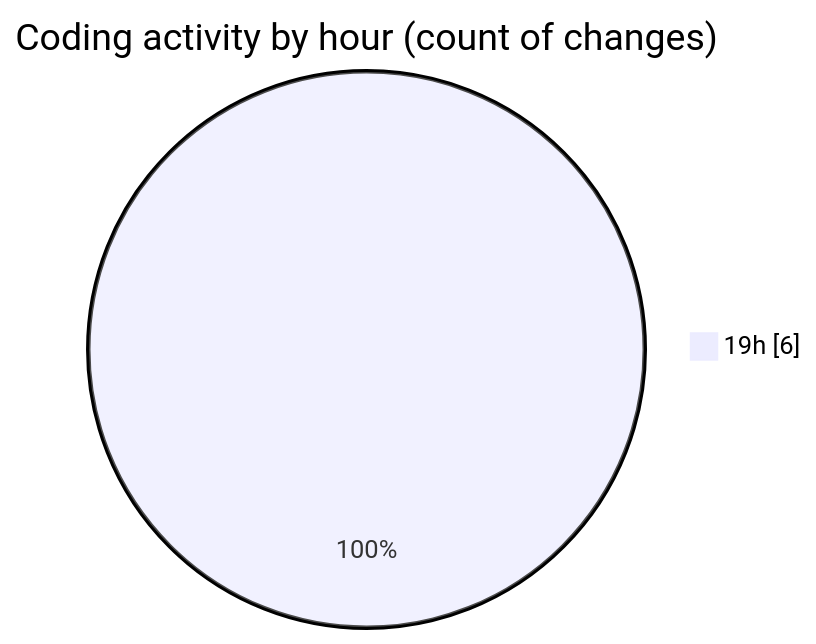
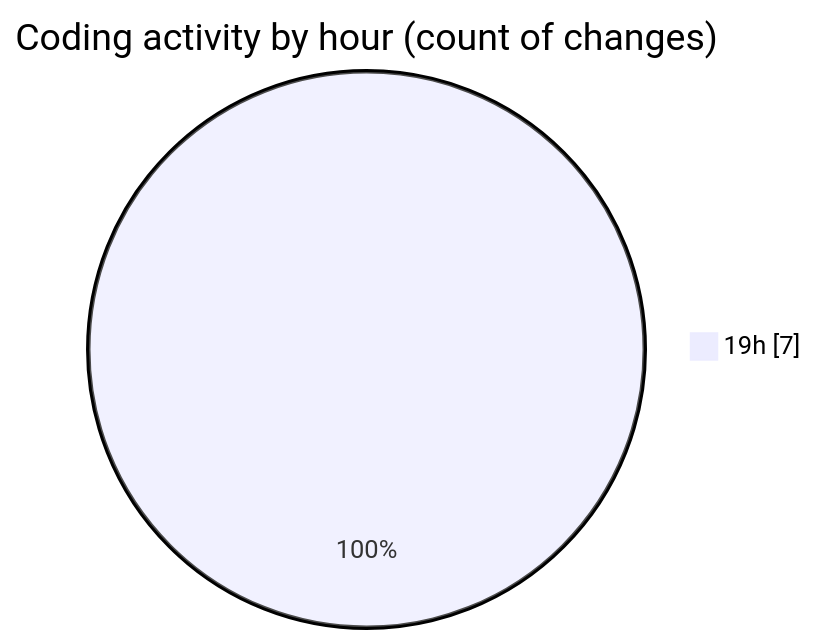
One commit to robertbonfada/code-tracking changed the second of 2 diagrams in 2025-11-11/mbc-web/README.md. Above: the diagram before and after it, drawn with Mermaid. The commit also changed other lines of this file and 1 other file, not shown here.

````diff
--- a/2025-11-11/mbc-web/README.md
+++ b/2025-11-11/mbc-web/README.md
@@ -29,5 +31,5 @@
 ```mermaid
 pie showData
 title Coding activity by hour (count of changes)
-"19h" : 6
+"19h" : 7
 ```
````
